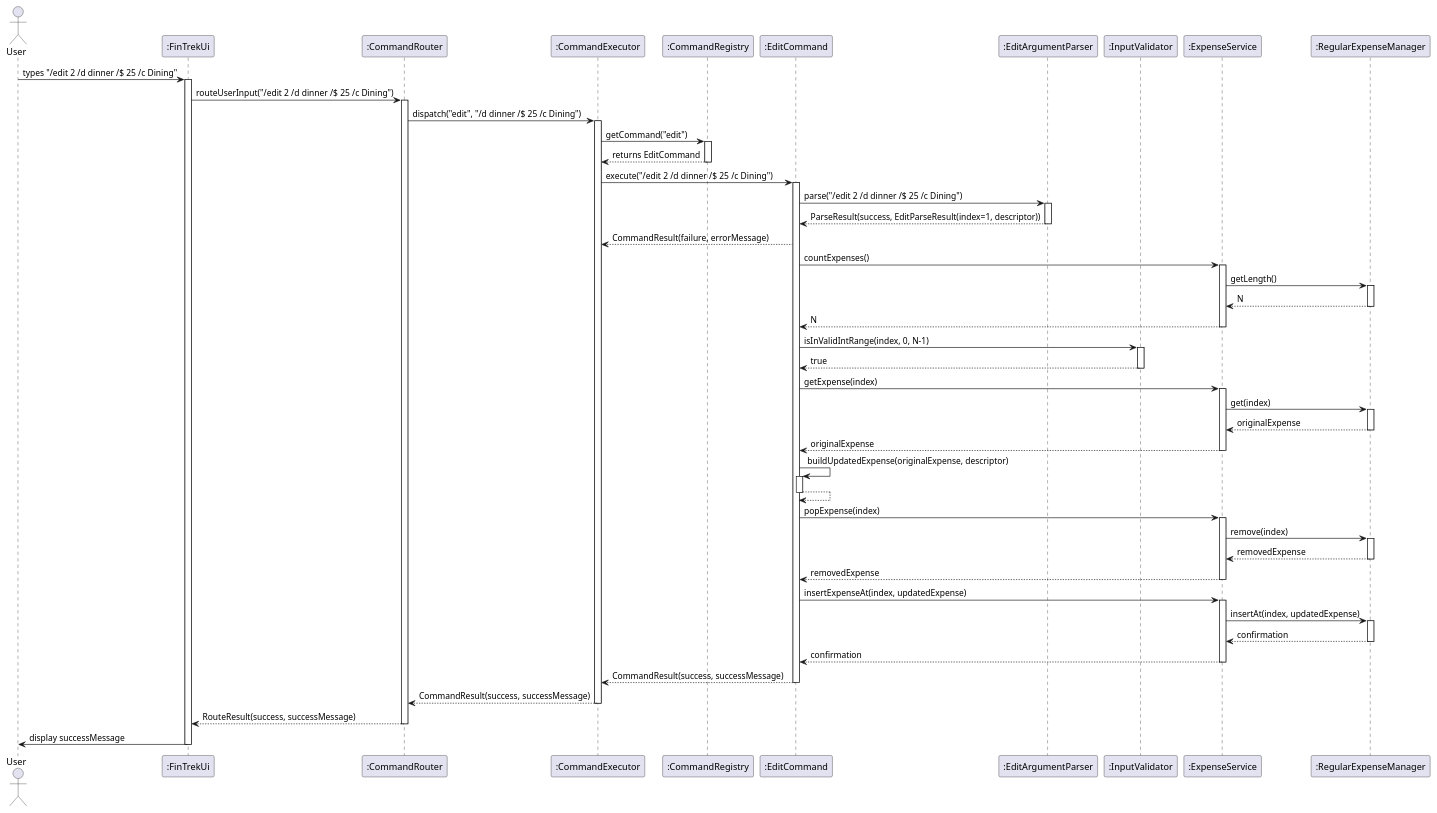
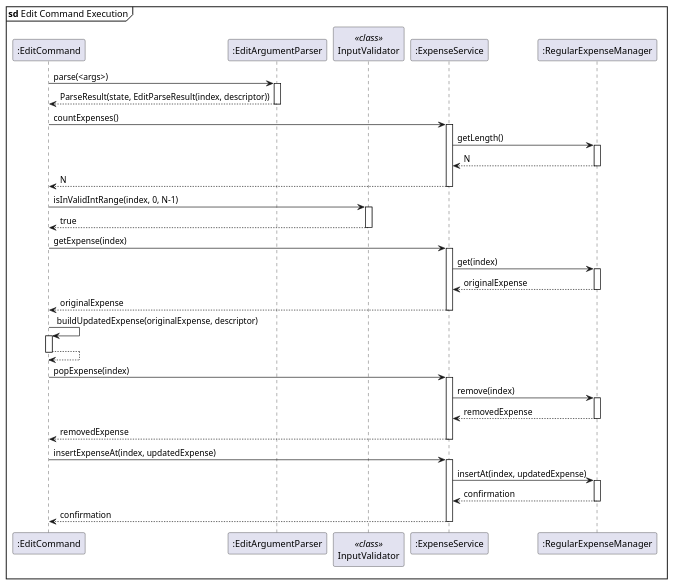
The diagram in docs/diagrams/sequence/edit.puml (randust/tp), drawn with PlantUML before and after one commit. The commit also changed 8 other files, not shown here.

Commit message:
Update TotalCommand to set limit, update parser, summary, edit sequence diagrams

```diff
--- a/docs/diagrams/sequence/edit.puml
+++ b/docs/diagrams/sequence/edit.puml
@@ -1,110 +1,88 @@
-@startuml editCommand.puml
-actor User
-participant ":FinTrekUi" as FinTrek
-participant ":CommandRouter" as Router
-participant ":CommandExecutor" as Executor
-participant ":CommandRegistry" as Registry
+@startuml editCommand
+
+mainframe **sd** Edit Command Execution
 participant ":EditCommand" as EditCmd
 participant ":EditArgumentParser" as Parser
-participant ":InputValidator" as Validator
+participant "InputValidator" as Validator <<class>>
 participant ":ExpenseService" as ExpenseSvc
 participant ":RegularExpenseManager" as RegExpMgr
 
-User -> FinTrek : types "/edit 2 /d dinner /$ 25 /c Dining"
-activate FinTrek
-
-FinTrek -> Router : routeUserInput("/edit 2 /d dinner /$ 25 /c Dining")
-activate Router
-
-Router -> Executor : dispatch("edit", "/d dinner /$ 25 /c Dining")
-activate Executor
-
-Executor -> Registry : getCommand("edit")
-activate Registry
-
-Registry --> Executor : returns EditCommand
-deactivate Registry
-
-Executor -> EditCmd : execute("/edit 2 /d dinner /$ 25 /c Dining")
-activate EditCmd
-
-EditCmd -> Parser : parse("/edit 2 /d dinner /$ 25 /c Dining")
+EditCmd -> Parser : parse(<args>)
 activate Parser
 
-Parser --> EditCmd : ParseResult(success, EditParseResult(index=1, descriptor))
+Parser --> EditCmd : ParseResult(state, EditParseResult(index, descriptor))
 deactivate Parser
 
-EditCmd --> Executor : CommandResult(failure, errorMessage)
 EditCmd -> ExpenseSvc : countExpenses()
 activate ExpenseSvc
 
 ExpenseSvc -> RegExpMgr : getLength()
 activate RegExpMgr
 
 RegExpMgr --> ExpenseSvc : N
 deactivate RegExpMgr
 
 ExpenseSvc --> EditCmd : N
 deactivate ExpenseSvc
 
 EditCmd -> Validator : isInValidIntRange(index, 0, N-1)
 activate Validator
 
 Validator --> EditCmd : true
 deactivate Validator
 
 EditCmd -> ExpenseSvc : getExpense(index)
 activate ExpenseSvc
 
 ExpenseSvc -> RegExpMgr : get(index)
 activate RegExpMgr
 
 RegExpMgr --> ExpenseSvc : originalExpense
 deactivate RegExpMgr
 
 ExpenseSvc --> EditCmd : originalExpense
 deactivate ExpenseSvc
 
 EditCmd -> EditCmd : buildUpdatedExpense(originalExpense, descriptor)
 activate EditCmd
 
 EditCmd --> EditCmd
 deactivate EditCmd
 
 EditCmd -> ExpenseSvc : popExpense(index)
 activate ExpenseSvc
 
 ExpenseSvc -> RegExpMgr : remove(index)
 activate RegExpMgr
 
 RegExpMgr --> ExpenseSvc : removedExpense
 deactivate RegExpMgr
 
 ExpenseSvc --> EditCmd : removedExpense
 deactivate ExpenseSvc
 
 EditCmd -> ExpenseSvc : insertExpenseAt(index, updatedExpense)
 activate ExpenseSvc
 
 ExpenseSvc -> RegExpMgr : insertAt(index, updatedExpense)
 activate RegExpMgr
 
 RegExpMgr --> ExpenseSvc : confirmation
 deactivate RegExpMgr
 
 ExpenseSvc --> EditCmd : confirmation
 deactivate ExpenseSvc
 
-EditCmd --> Executor : CommandResult(success, successMessage)
-
-deactivate EditCmd
-
-Executor --> Router : CommandResult(success, successMessage)
-deactivate Executor
-
-Router --> FinTrek : RouteResult(success, successMessage)
-deactivate Router
-
-FinTrek -> User : display successMessage
-deactivate FinTrek
+'EditCmd --> Executor : CommandResult(success, successMessage)
+'
+'deactivate EditCmd
+'
+'Executor --> Router : CommandResult(success, successMessage)
+'deactivate Executor
+'
+'Router --> FinTrek : RouteResult(success, successMessage)
+'deactivate Router
+'
+'FinTrek -> User : display successMessage
+'deactivate FinTrek
 @enduml
```
